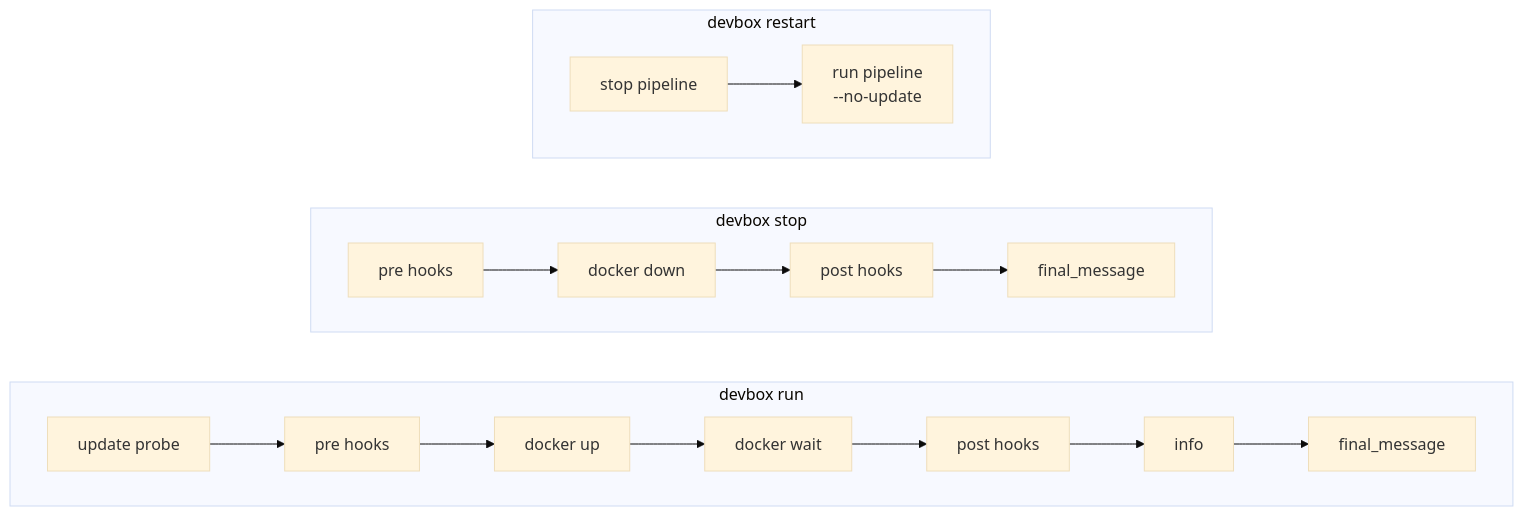
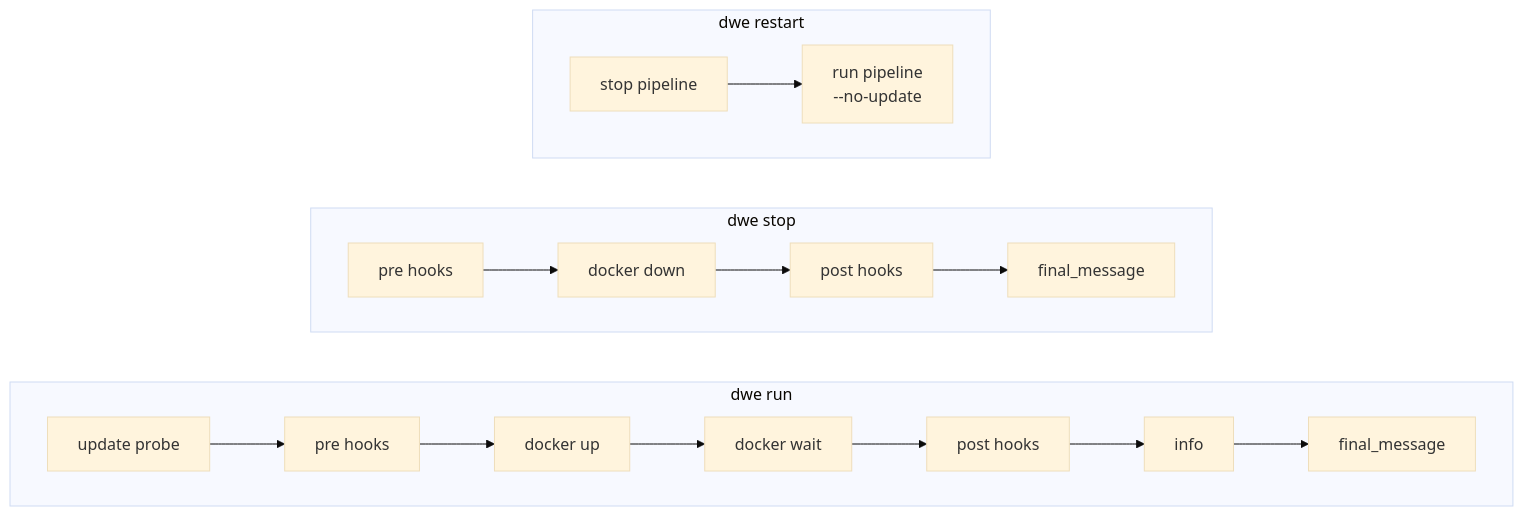
The diagram in docs/i18n/ru/reference/config/lifecycle.md (semsemyonoff/dwe), drawn with Mermaid (base theme) before and after one commit. The commit also changed other lines of this file and 113 other files, not shown here.

First line of the commit message:
feat: Phase 4a+4b — update EN and RU docs for devbox→dwe rebrand

````diff
--- a/docs/i18n/ru/reference/config/lifecycle.md
+++ b/docs/i18n/ru/reference/config/lifecycle.md
@@ -58,15 +58,15 @@
 ```mermaid
 flowchart LR
-  subgraph run["devbox run"]
+  subgraph run["dwe run"]
     direction LR
     U[update probe] --> PRE[pre hooks] --> UP[docker up] --> WAIT[docker wait] --> POST[post hooks] --> INFO[info] --> MSG1[final_message]
   end
-  subgraph stop["devbox stop"]
+  subgraph stop["dwe stop"]
     direction LR
     SPRE[pre hooks] --> DOWN[docker down] --> SPOST[post hooks] --> MSG2[final_message]
   end
-  subgraph restart["devbox restart"]
+  subgraph restart["dwe restart"]
     direction LR
     R1[stop pipeline] --> R2[run pipeline<br/>--no-update]
   end
 ```
````
